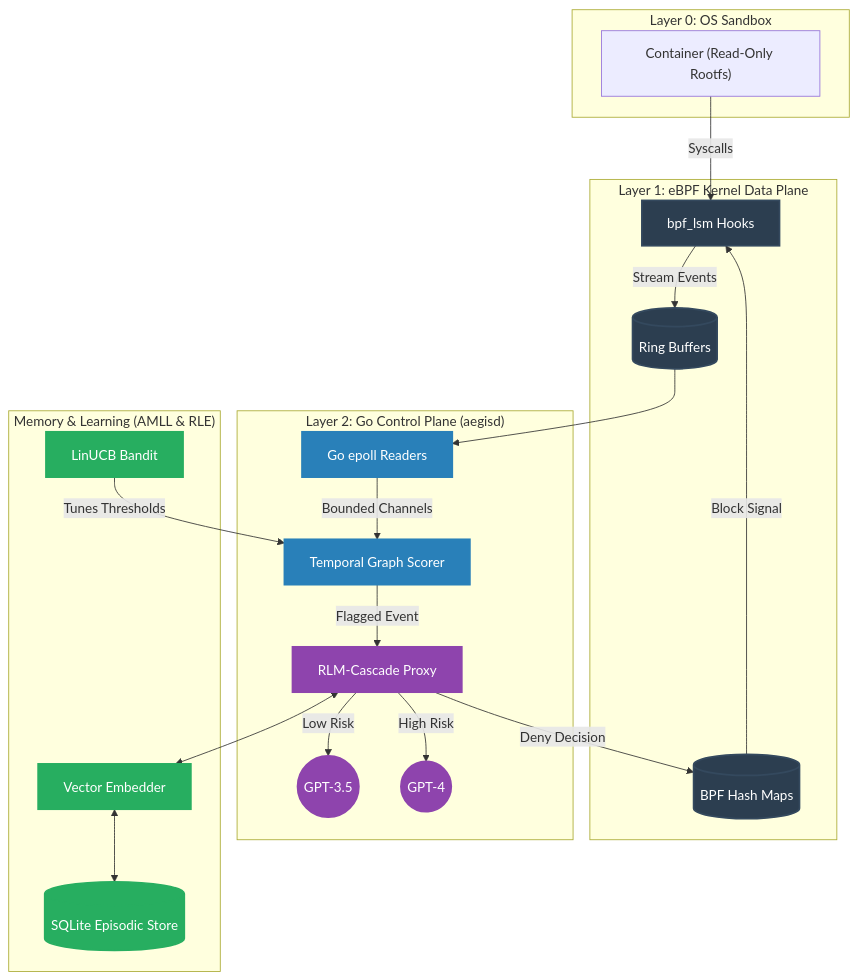
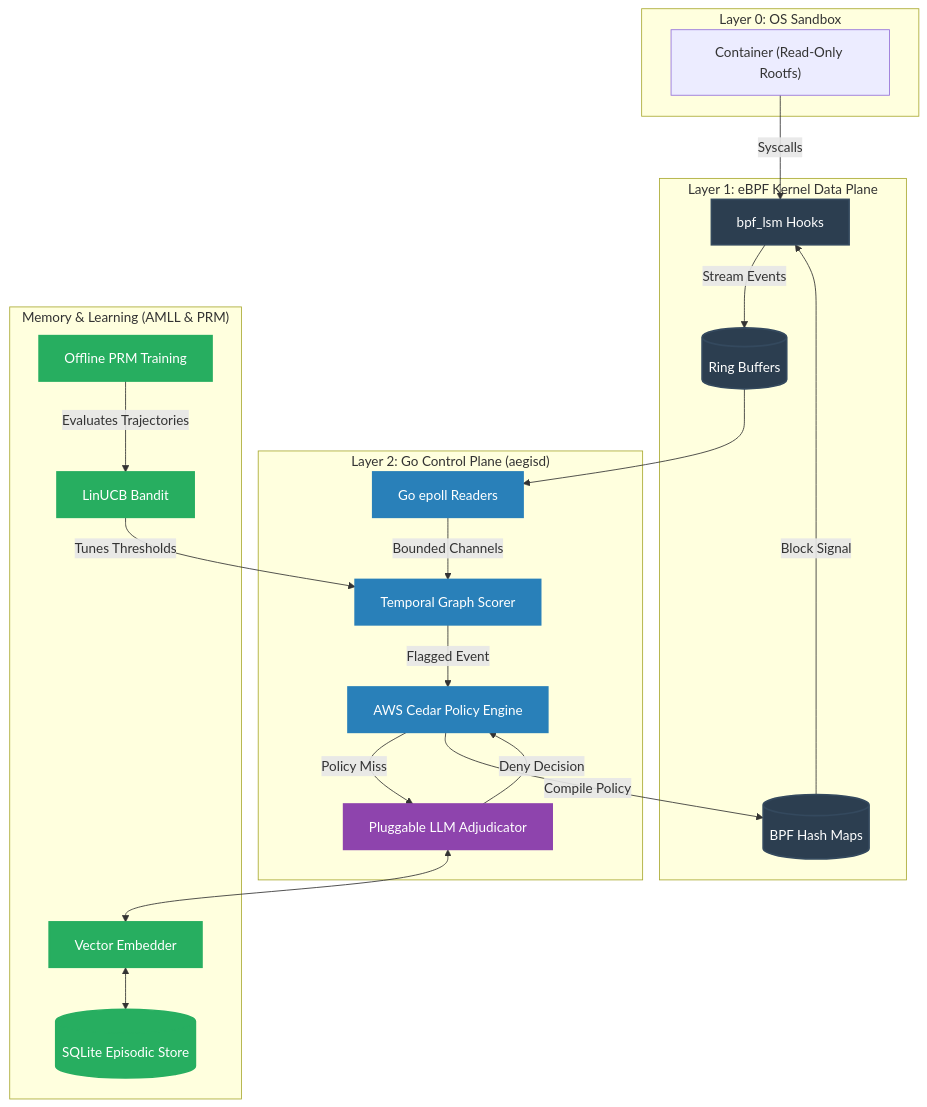
The diagram in README.md (Quiet-Intelligence/aegis), drawn with Mermaid before and after one commit. The commit also changed other lines of this file, not shown here.

Commit message:
docs: update system architecture diagram and description for v2 (Cedar, PRM, Pluggable Adjudicator)

````diff
--- a/README.md
+++ b/README.md
@@ -92,51 +92,52 @@
 ```mermaid
 graph TD
     subgraph "Layer 0: OS Sandbox"
         Container["Container (Read-Only Rootfs)"]
     end
     
     subgraph "Layer 1: eBPF Kernel Data Plane"
         LSM[bpf_lsm Hooks]
         RingBuf[(Ring Buffers)]
         PolicyMap[(BPF Hash Maps)]
         Container -->|Syscalls| LSM
         LSM -->|Stream Events| RingBuf
         PolicyMap -->|Block Signal| LSM
     end
 
     subgraph "Layer 2: Go Control Plane (aegisd)"
         Reader[Go epoll Readers]
         Graph[Temporal Graph Scorer]
-        Cascade[RLM-Cascade Proxy]
-        LLM_Cheap((GPT-3.5))
-        LLM_Flagship((GPT-4))
+        Cedar[AWS Cedar Policy Engine]
+        Adjudicator[Pluggable LLM Adjudicator]
         
         RingBuf --> Reader
         Reader -->|Bounded Channels| Graph
-        Graph -->|Flagged Event| Cascade
-        Cascade -->|Low Risk| LLM_Cheap
-        Cascade -->|High Risk| LLM_Flagship
+        Graph -->|Flagged Event| Cedar
+        Cedar -->|Policy Miss| Adjudicator
     end
 
-    subgraph "Memory & Learning (AMLL & RLE)"
+    subgraph "Memory & Learning (AMLL & PRM)"
         SQLite[(SQLite Episodic Store)]
         Embedder[Vector Embedder]
         Bandit[LinUCB Bandit]
+        PRM[Offline PRM Training]
         
-        Cascade <--> Embedder
+        Adjudicator <--> Embedder
         Embedder <--> SQLite
+        PRM -->|Evaluates Trajectories| Bandit
         Bandit -->|Tunes Thresholds| Graph
     end
     
-    Cascade -->|Deny Decision| PolicyMap
+    Cedar -->|Compile Policy| PolicyMap
+    Adjudicator -->|Deny Decision| Cedar
     
     classDef kernel fill:#2c3e50,stroke:#34495e,stroke-width:2px,color:#fff;
     classDef userspace fill:#2980b9,stroke:#2980b9,stroke-width:2px,color:#fff;
     classDef memory fill:#27ae60,stroke:#27ae60,stroke-width:2px,color:#fff;
     classDef llm fill:#8e44ad,stroke:#8e44ad,stroke-width:2px,color:#fff;
     
     class LSM,RingBuf,PolicyMap kernel;
-    class Reader,Graph userspace;
-    class SQLite,Embedder,Bandit memory;
-    class LLM_Cheap,LLM_Flagship,Cascade llm;
+    class Reader,Graph,Cedar userspace;
+    class SQLite,Embedder,Bandit,PRM memory;
+    class Adjudicator llm;
 ```
````
